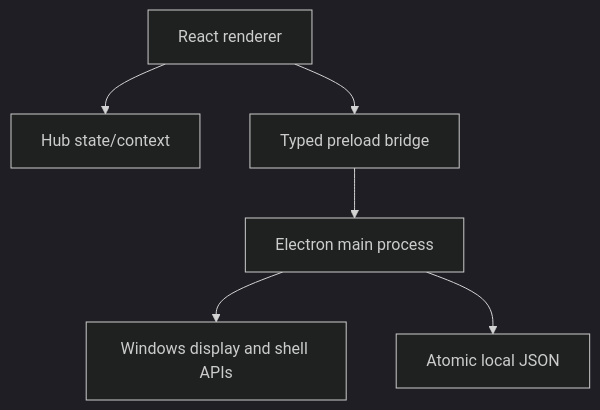
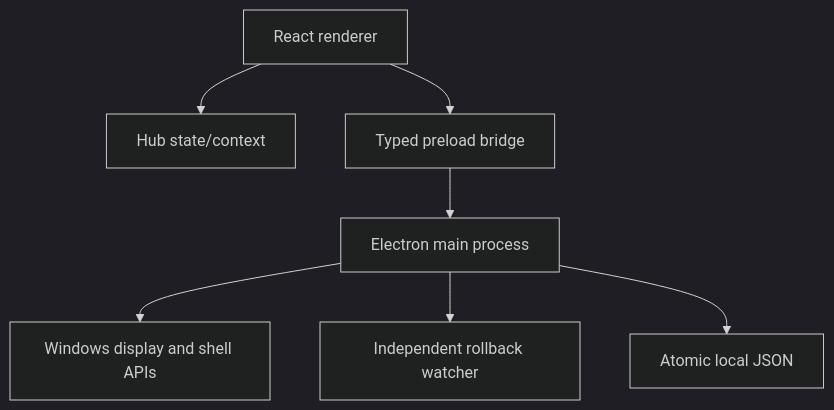
Before and after one commit to shea0811/XREAL-WIN-HUB: the diagram in docs/ARCHITECTURE.md, drawn with Mermaid (dark theme). The commit also changed other lines of this file and 18 other files, not shown here.

````diff
--- a/docs/ARCHITECTURE.md
+++ b/docs/ARCHITECTURE.md
@@ -5,8 +5,9 @@
 ```mermaid
 flowchart TD
     UI["React renderer"] --> State["Hub state/context"]
     UI --> Bridge["Typed preload bridge"]
     Bridge --> Main["Electron main process"]
     Main --> Windows["Windows display and shell APIs"]
+    Main --> Guard["Independent rollback watcher"]
     Main --> Disk["Atomic local JSON"]
 ```
````
